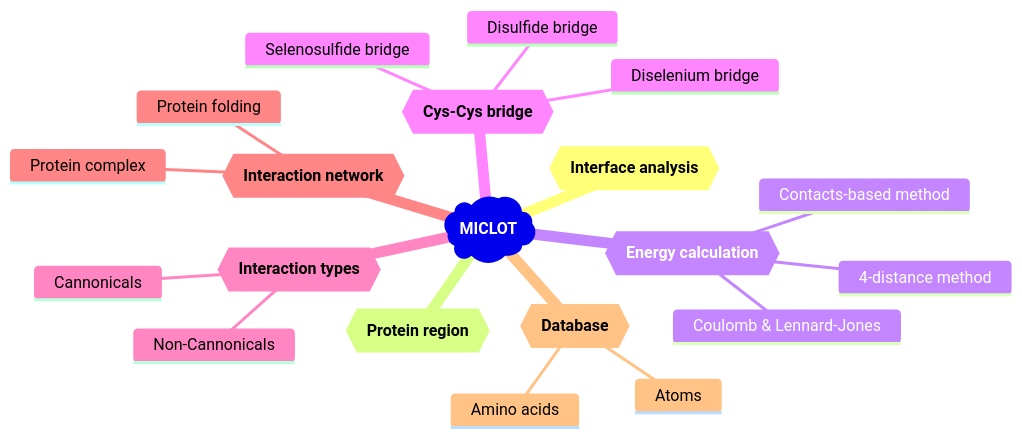
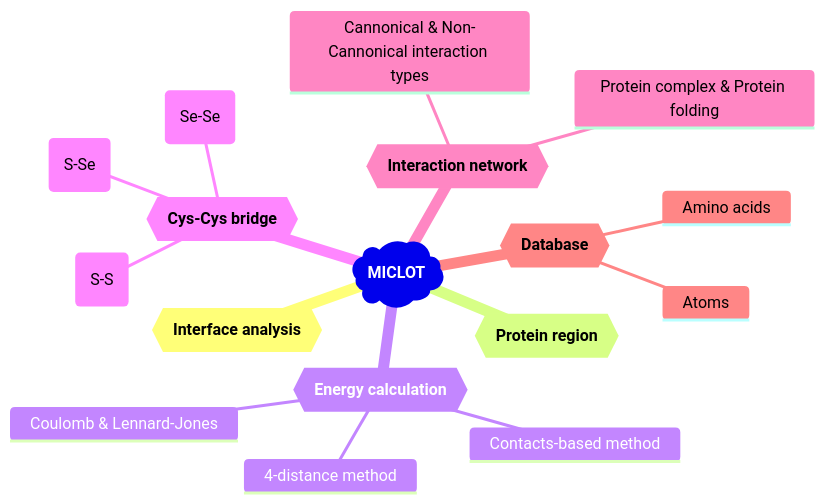
The diagram in README.md (TMiclot/MICLOT), drawn with Mermaid before and after one commit. The commit also changed 1 other file, not shown here.

````diff
--- a/README.md
+++ b/README.md
@@ -22,23 +22,20 @@
 ```mermaid
 mindmap
     root)**MICLOT**(
         id{{**Interface analysis**}}
         id{{**Protein region**}}
         id{{**Energy calculation**}}
             Contacts-based method
             4-distance method
             Coulomb & Lennard-Jones
         id{{**Cys-Cys bridge**}}
-            Disulfide bridge
-            Diselenium bridge
-            Selenosulfide bridge
-        id{{**Interaction types**}}
-            Cannonicals
-            Non-Cannonicals
+            Disulfide (S-S)
+            Diselenium (Se-Se)
+            Selenosulfide (S-Se)
         id{{**Interaction network**}}
-            Protein complex
-            Protein folding
+            Protein complex & Protein folding
+            Cannonical & Non-Cannonical interaction types
         id{{**Database**}}
             Amino acids
             Atoms
 ```
````
